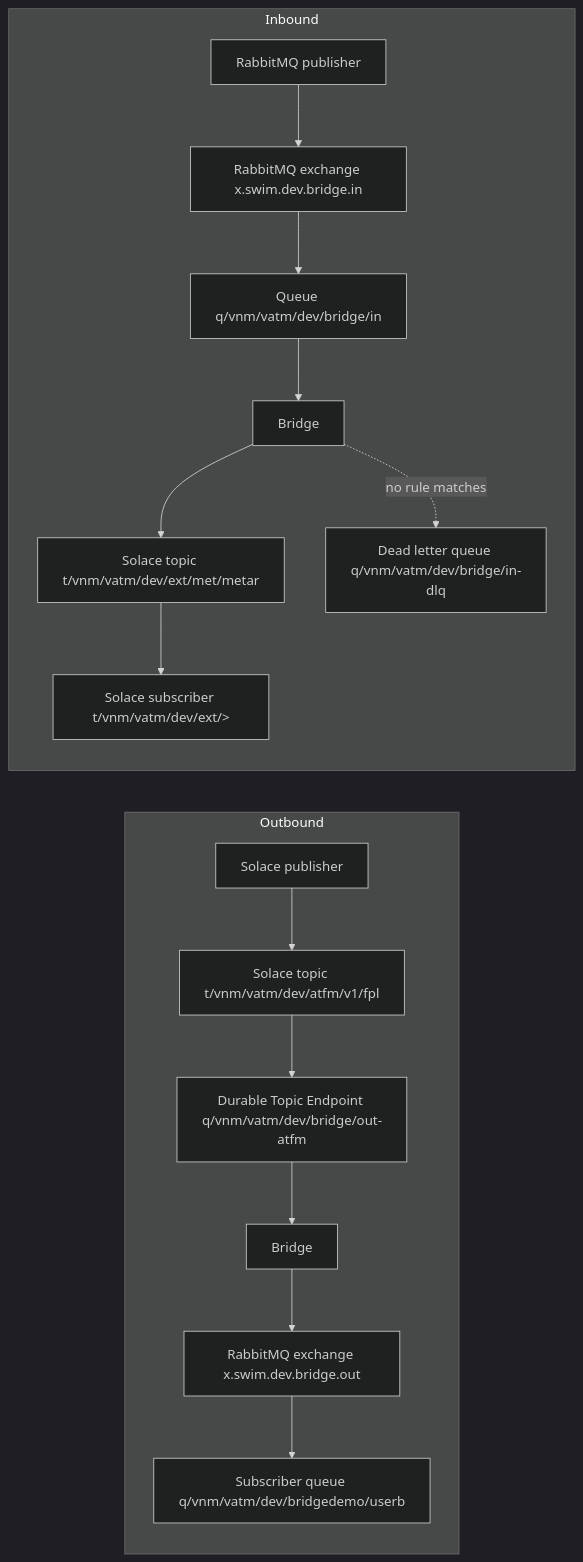
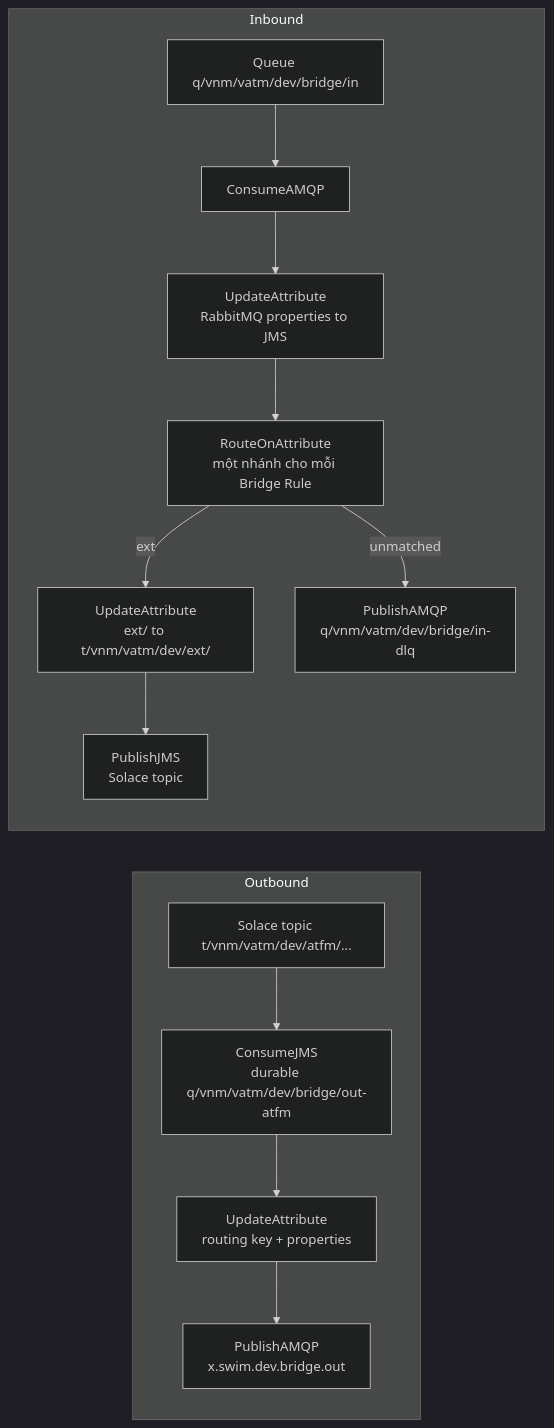
The diagram in README.md (hieuth133/bridge-internal), drawn with Mermaid (dark theme) before and after one commit. The commit also changed other lines of this file and 25 other files, not shown here.

First line of the commit message:
Replace the Camel Bridge with an Apache NiFi flow

````diff
--- a/README.md
+++ b/README.md
@@ -54,18 +115,16 @@
 ```mermaid
 flowchart LR
   subgraph Outbound
-    SP["Solace publisher"] --> ST["Solace topic t/vnm/vatm/dev/atfm/v1/fpl"]
-    ST --> DTE["Durable Topic Endpoint q/vnm/vatm/dev/bridge/out-atfm"]
-    DTE --> B1["Bridge"]
-    B1 --> RX["RabbitMQ exchange x.swim.dev.bridge.out"]
-    RX --> SQ["Subscriber queue q/vnm/vatm/dev/bridgedemo/userb"]
+    ST["Solace topic t/vnm/vatm/dev/atfm/..."] --> C1["ConsumeJMS<br/>durable q/vnm/vatm/dev/bridge/out-atfm"]
+    C1 --> U1["UpdateAttribute<br/>routing key + properties"]
+    U1 --> P1["PublishAMQP<br/>x.swim.dev.bridge.out"]
   end
   subgraph Inbound
-    RP["RabbitMQ publisher"] --> IX["RabbitMQ exchange x.swim.dev.bridge.in"]
-    IX --> IQ["Queue q/vnm/vatm/dev/bridge/in"]
-    IQ --> B2["Bridge"]
-    B2 --> IT["Solace topic t/vnm/vatm/dev/ext/met/metar"]
-    IT --> SS["Solace subscriber t/vnm/vatm/dev/ext/>"]
-    B2 -. "no rule matches" .-> DLQ["Dead letter queue q/vnm/vatm/dev/bridge/in-dlq"]
+    Q["Queue q/vnm/vatm/dev/bridge/in"] --> C2["ConsumeAMQP"]
+    C2 --> U2["UpdateAttribute<br/>RabbitMQ properties to JMS"]
+    U2 --> R["RouteOnAttribute<br/>một nhánh cho mỗi Bridge Rule"]
+    R -- ext --> U3["UpdateAttribute<br/>ext/ to t/vnm/vatm/dev/ext/"]
+    U3 --> P2["PublishJMS<br/>Solace topic"]
+    R -- unmatched --> D["PublishAMQP<br/>q/vnm/vatm/dev/bridge/in-dlq"]
   end
 ```
````
